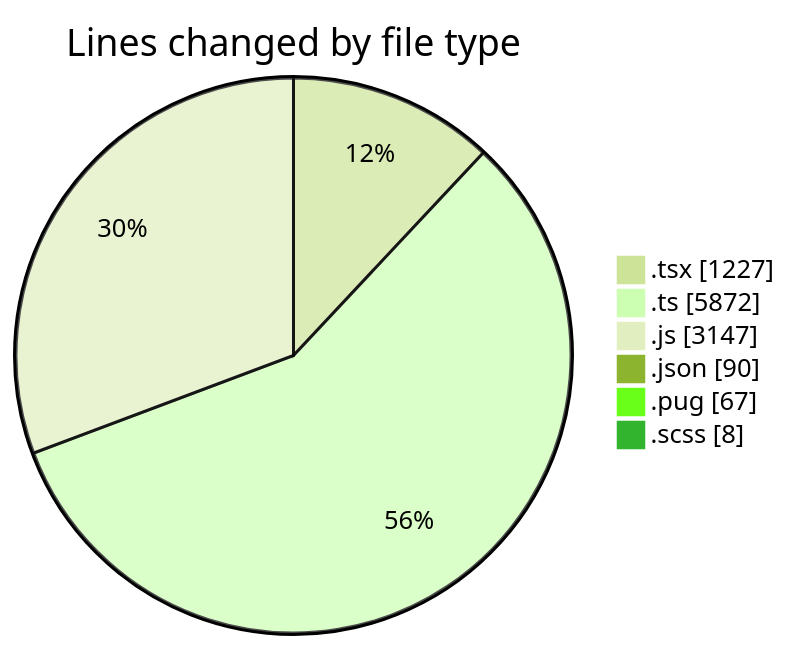
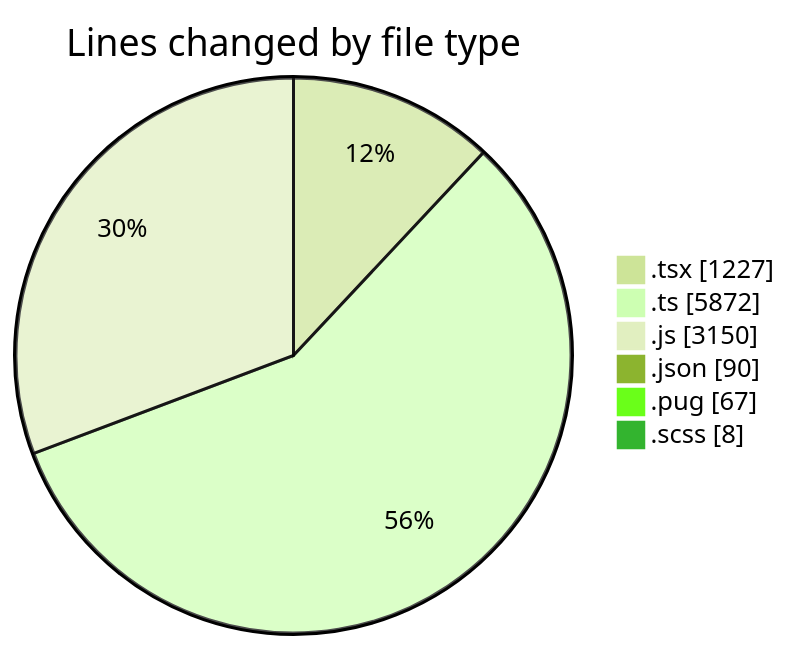
One commit to momahboobian/code-tracking changed the first of 2 diagrams in 2025-03-24/cda/README.md. Above: the diagram before and after it, drawn with Mermaid (forest theme). The commit also changed other lines of this file and 1 other file, not shown here.

````diff
--- a/2025-03-24/cda/README.md
+++ b/2025-03-24/cda/README.md
@@ -41,10 +41,10 @@
 ```mermaid
 pie showData
 title Lines changed by file type
 ".tsx" : 1227
 ".ts" : 5872
-".js" : 3147
+".js" : 3150
 ".json" : 90
 ".pug" : 67
 ".scss" : 8
 ```
````
